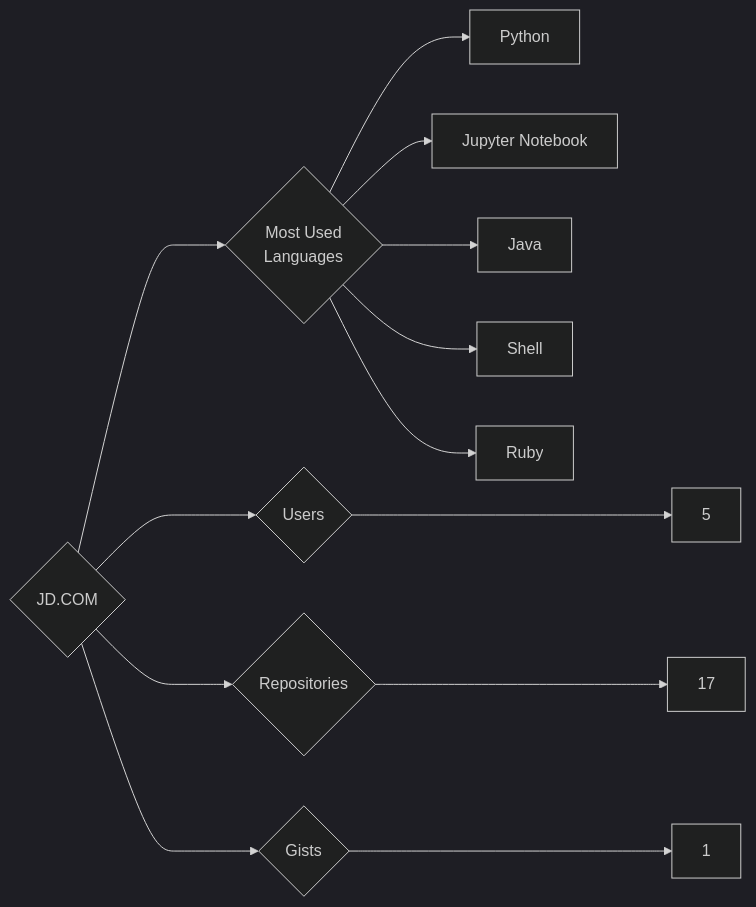
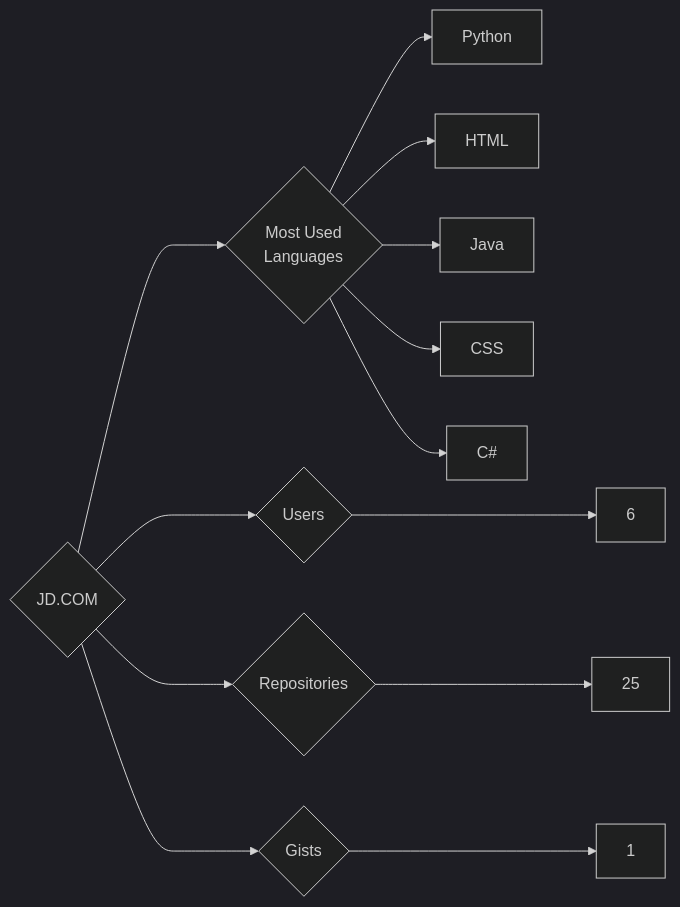
The diagram in targets/JD.COM/README.md (trickest/insiders), drawn with Mermaid (dark theme) before and after one commit. The commit also changed 693 other files, not shown here.

````diff
--- a/targets/JD.COM/README.md
+++ b/targets/JD.COM/README.md
@@ -3,13 +3,13 @@
 ```mermaid
 graph LR
 COMPANY_NAME{JD.COM}
-COMPANY_NAME ---> U{Users} ---> UN[5]
-COMPANY_NAME ---> R{Repositories} ---> RN[17]
+COMPANY_NAME ---> U{Users} ---> UN[6]
+COMPANY_NAME ---> R{Repositories} ---> RN[25]
 COMPANY_NAME ---> G{Gists} ---> GN[1]
 COMPANY_NAME ---> ML{Most Used<br>Languages}
 ML --> Python[Python]
-ML --> Jupyter_Notebook[Jupyter Notebook]
+ML --> HTML[HTML]
 ML --> Java[Java]
-ML --> Shell[Shell]
-ML --> Ruby[Ruby]
+ML --> CSS[CSS]
+ML --> C#[C#]
 ```
````
